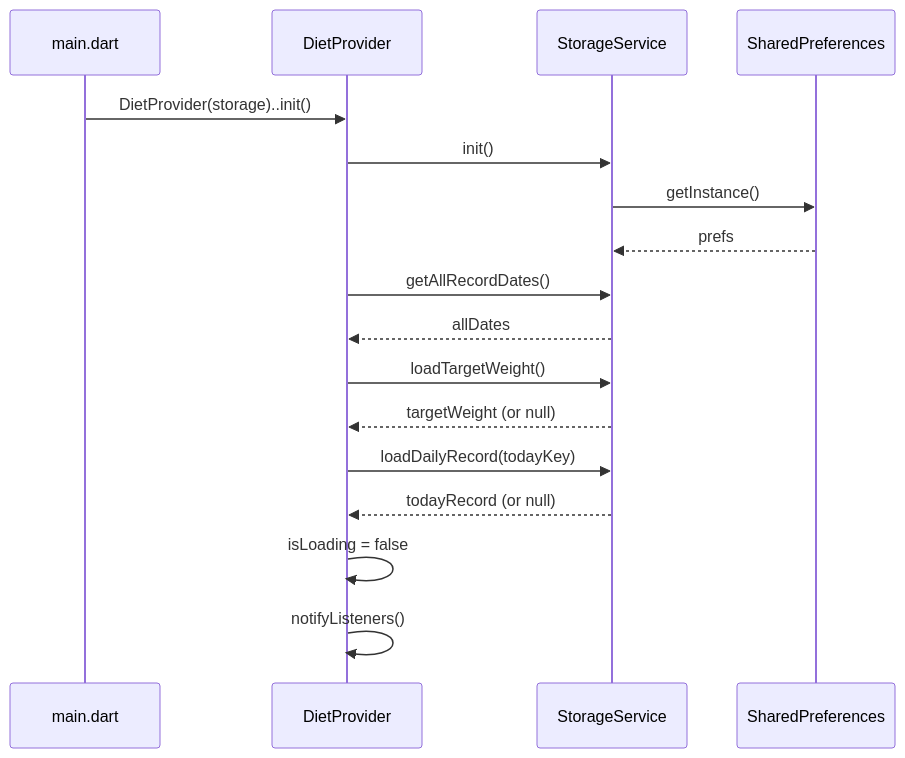
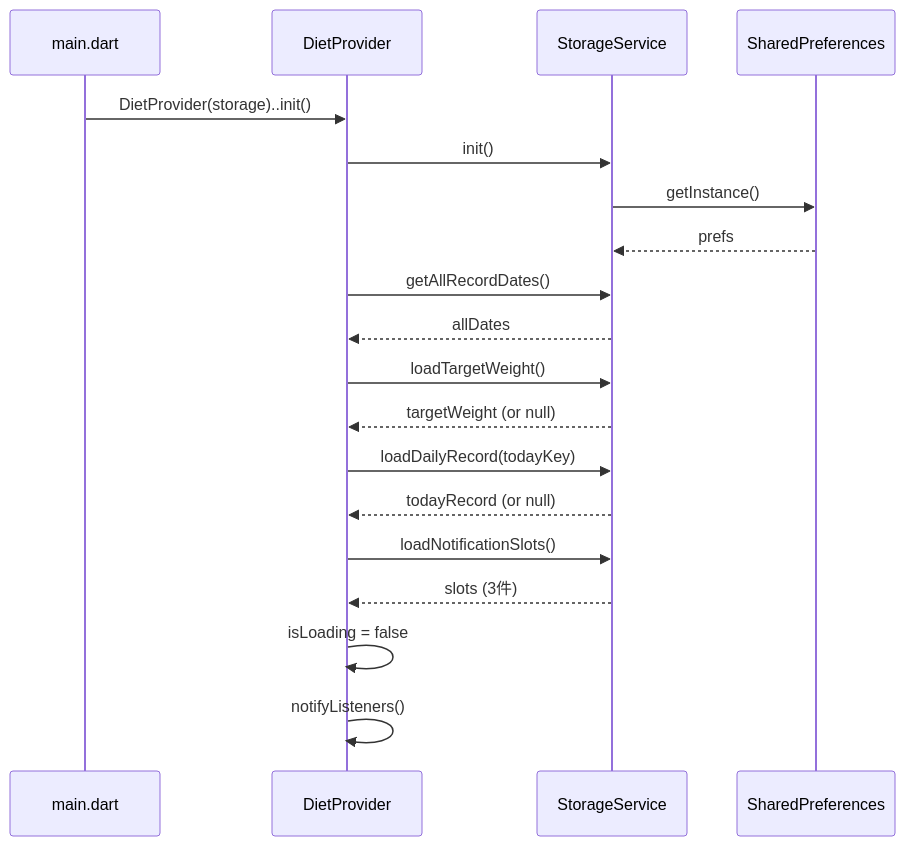
Before and after one commit to nanairo7/diet_app: the third of 4 diagrams in docs/design/api-design.md, drawn with Mermaid. The commit also changed other lines of this file and 7 other files, not shown here.

````diff
--- a/docs/design/api-design.md
+++ b/docs/design/api-design.md
@@ -89,20 +100,22 @@
 ```mermaid
 sequenceDiagram
     participant App as main.dart
     participant DP as DietProvider
     participant SS as StorageService
     participant SP as SharedPreferences
 
     App->>DP: DietProvider(storage)..init()
     DP->>SS: init()
     SS->>SP: getInstance()
     SP-->>SS: prefs
     DP->>SS: getAllRecordDates()
     SS-->>DP: allDates
     DP->>SS: loadTargetWeight()
     SS-->>DP: targetWeight (or null)
     DP->>SS: loadDailyRecord(todayKey)
     SS-->>DP: todayRecord (or null)
+    DP->>SS: loadNotificationSlots()
+    SS-->>DP: slots (3件)
     DP->>DP: isLoading = false
     DP->>DP: notifyListeners()
 ```
````
